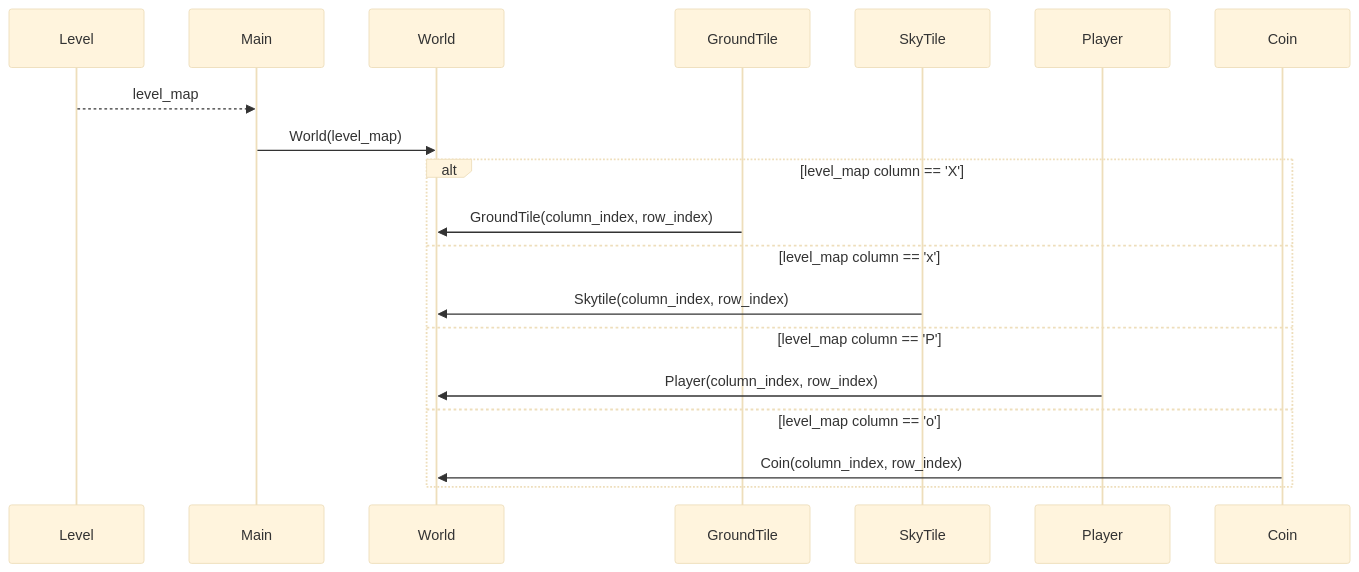
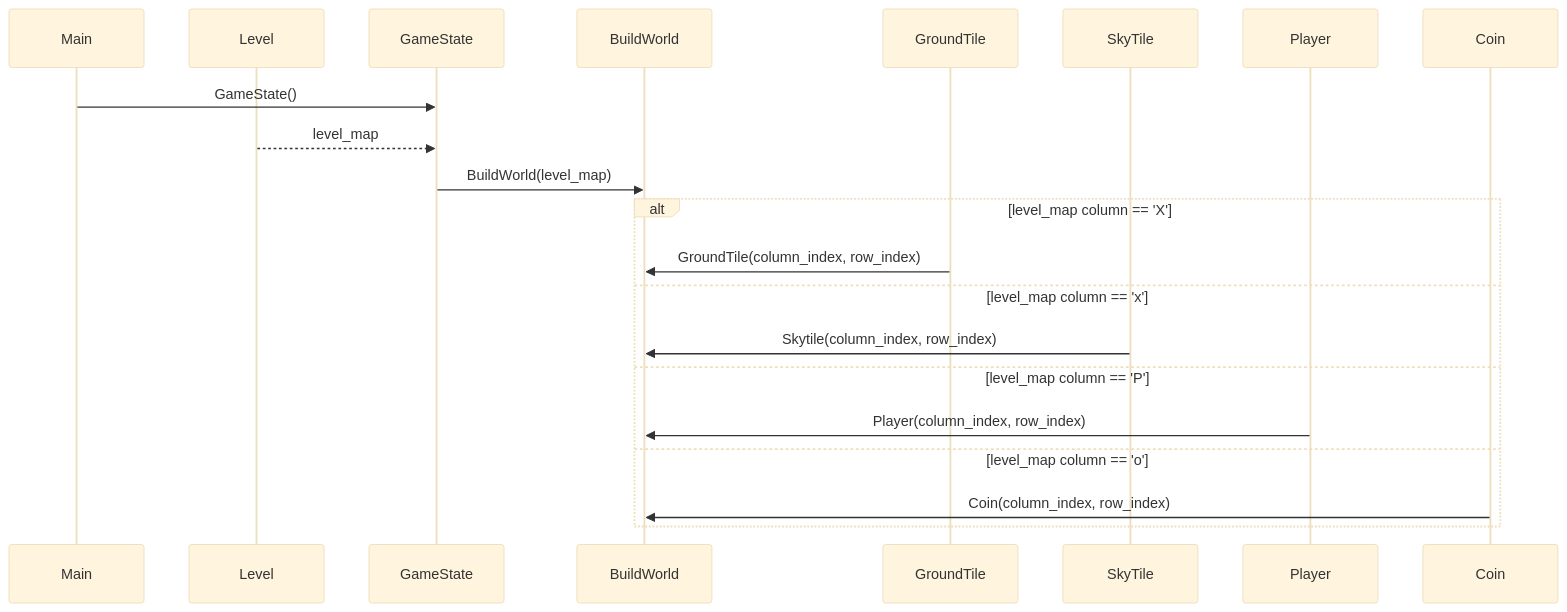
One commit to ismomehdi/ot-harjoitustyo changed the diagram in documentation/architecture.md. Above: the diagram before and after it, drawn with Mermaid (base theme). The commit also changed other lines of this file, not shown here.

````diff
--- a/documentation/architecture.md
+++ b/documentation/architecture.md
@@ -10,21 +47,24 @@
 ```mermaid
 
 sequenceDiagram
+  participant Main
   participant Level
-  participant Main
-  participant World
+  participant GameState
+  participant BuildWorld
   participant GroundTile
-  Level-->>Main: level_map
-  Main->>World: World(level_map)
+  
+  Main->>GameState: GameState()
+  Level-->>GameState: level_map
+  GameState->>BuildWorld: BuildWorld(level_map)
   
   alt level_map column == 'X'
-    GroundTile->>World: GroundTile(column_index, row_index)
+    GroundTile->>BuildWorld: GroundTile(column_index, row_index)
   else level_map column == 'x'
-    SkyTile->>World: Skytile(column_index, row_index)
+    SkyTile->>BuildWorld: Skytile(column_index, row_index)
   else level_map column == 'P'
-    Player->>World: Player(column_index, row_index)
+    Player->>BuildWorld: Player(column_index, row_index)
   else level_map column == 'o'
-    Coin->>World: Coin(column_index, row_index)
+    Coin->>BuildWorld: Coin(column_index, row_index)
   end
   
 ```
````
